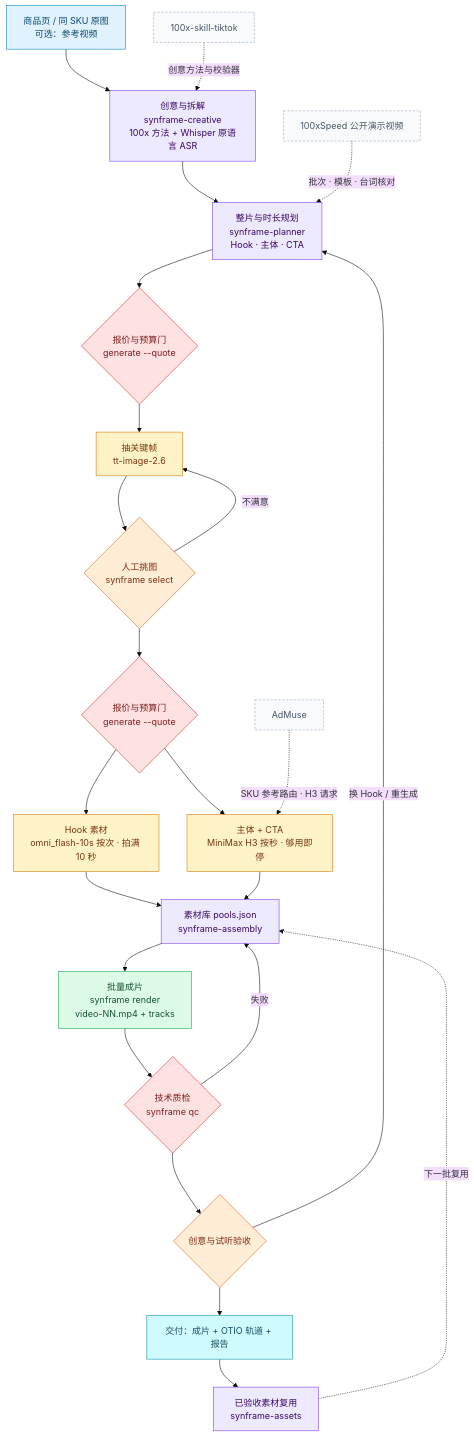
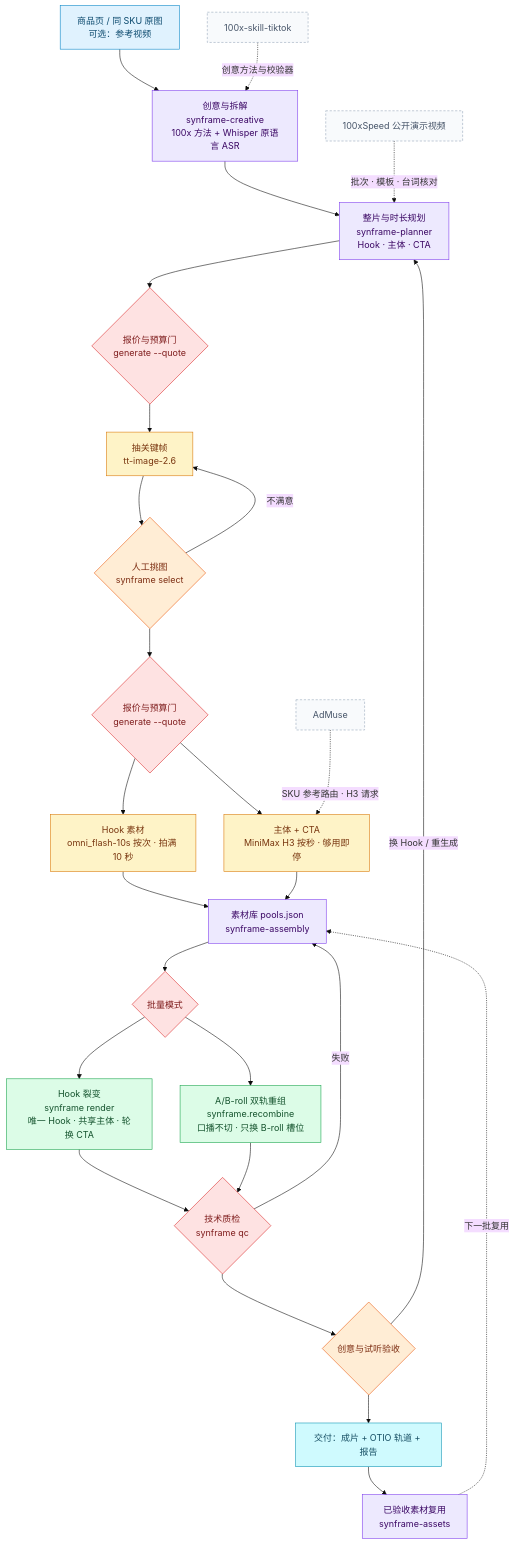
The diagram in README.md (peipeijiang/synframe), drawn with Mermaid (base theme) before and after one commit. The commit also changed other lines of this file and 11 other files, not shown here.

````diff
--- a/README.md
+++ b/README.md
@@ -25,47 +36,51 @@
 ```mermaid
 flowchart TD
   IN["商品页 / 同 SKU 原图<br/>可选：参考视频"]:::input
   CR["创意与拆解<br/>synframe-creative<br/>100x 方法 + Whisper 原语言 ASR"]:::skill
   PL["整片与时长规划<br/>synframe-planner<br/>Hook · 主体 · CTA"]:::skill
   Q1{"报价与预算门<br/>generate --quote"}:::gate
   IMG["抽关键帧<br/>tt-image-2.6"]:::model
   PICK{"人工挑图<br/>synframe select"}:::human
   Q2{"报价与预算门<br/>generate --quote"}:::gate
   HK["Hook 素材<br/>omni_flash-10s 按次 · 拍满 10 秒"]:::model
   BD["主体 + CTA<br/>MiniMax H3 按秒 · 够用即停"]:::model
   POOL["素材库 pools.json<br/>synframe-assembly"]:::skill
-  RN["批量成片<br/>synframe render<br/>video-NN.mp4 + tracks"]:::tool
+  MODE{"批量模式"}:::gate
+  RN["Hook 裂变<br/>synframe render<br/>唯一 Hook · 共享主体 · 轮换 CTA"]:::tool
+  AB["A/B-roll 双轨重组<br/>synframe.recombine<br/>口播不切 · 只换 B-roll 槽位"]:::tool
   QC{"技术质检<br/>synframe qc"}:::gate
   HR{"创意与试听验收"}:::human
   OUT["交付：成片 + OTIO 轨道 + 报告"]:::output
   AS["已验收素材复用<br/>synframe-assets"]:::skill
 
   IN --> CR --> PL --> Q1 --> IMG --> PICK
   PICK -- 不满意 --> IMG
   PICK --> Q2
   Q2 --> HK & BD
   HK --> POOL
   BD --> POOL
-  POOL --> RN --> QC
+  POOL --> MODE
+  MODE --> RN --> QC
+  MODE --> AB --> QC
   QC -- 失败 --> POOL
   QC --> HR
   HR -- 换 Hook / 重生成 --> PL
   HR --> OUT --> AS
   AS -. 下一批复用 .-> POOL
 
   X1["100xSpeed 公开演示视频"]:::ref
   X2["100x-skill-tiktok"]:::ref
   X3["AdMuse"]:::ref
   X1 -. 批次 · 模板 · 台词核对 .-> PL
   X2 -. 创意方法与校验器 .-> CR
   X3 -. SKU 参考路由 · H3 请求 .-> BD
 
   classDef input fill:#e0f2fe,stroke:#0284c7,color:#0c4a6e
   classDef skill fill:#ede9fe,stroke:#7c3aed,color:#3b0764
   classDef model fill:#fef3c7,stroke:#d97706,color:#78350f
   classDef tool fill:#dcfce7,stroke:#16a34a,color:#14532d
   classDef gate fill:#fee2e2,stroke:#dc2626,color:#7f1d1d
   classDef human fill:#ffedd5,stroke:#ea580c,color:#7c2d12
   classDef output fill:#cffafe,stroke:#0891b2,color:#164e63
   classDef ref fill:#f8fafc,stroke:#94a3b8,color:#475569,stroke-dasharray:4 3
 ```
````
